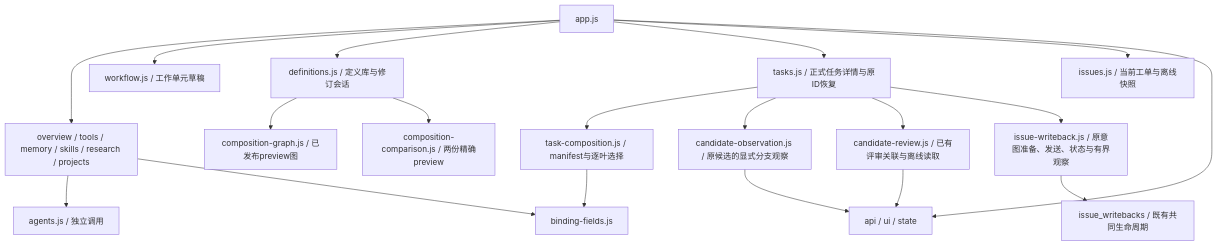
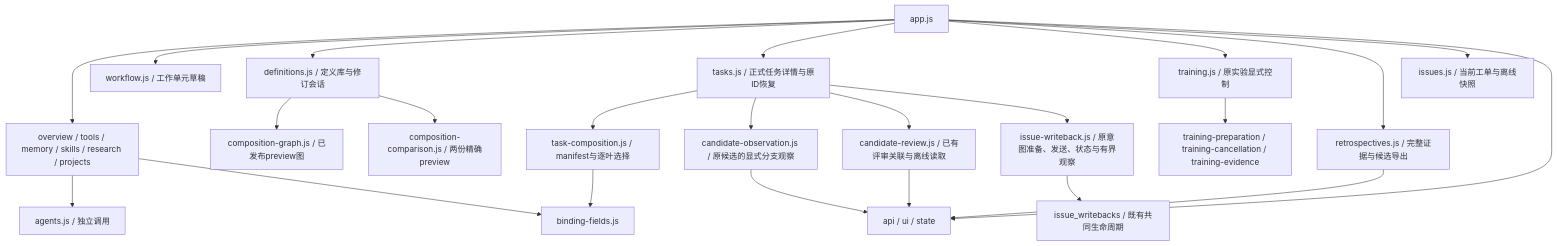
One commit to 626619403/Ergora changed the fourth of 8 diagrams in docs/architecture/current.md. Above: the diagram before and after it, drawn with Mermaid. The commit also changed other lines of this file and 21 other files, not shown here.

````diff
--- a/docs/architecture/current.md
+++ b/docs/architecture/current.md
@@ -202,21 +215,25 @@
 ```mermaid
 flowchart TB
   App[app.js] --> Views[overview / tools / memory / skills / research / projects]
   App --> Draft[workflow.js / 工作单元草稿]
   App --> Definitions[definitions.js / 定义库与修订会话]
   App --> Tasks[tasks.js / 正式任务详情与原ID恢复]
+  App --> Training[training.js / 原实验显式控制]
+  Training --> TrainingPanels[training-preparation / training-cancellation / training-evidence]
+  App --> Retrospectives[retrospectives.js / 完整证据与候选导出]
+  Retrospectives --> Shared
   App --> Issues[issues.js / 当前工单与离线快照]
   Views --> Agents[agents.js / 独立调用]
   Definitions --> Graph[composition-graph.js / 已发布preview图]
   Definitions --> Compare[composition-comparison.js / 两份精确preview]
   Tasks --> Selection[task-composition.js / manifest与逐叶选择]
   Tasks --> Candidate[candidate-observation.js / 原候选的显式分支观察]
   Candidate --> Shared
   Tasks --> SavedReview[candidate-review.js / 已有评审关联与离线读取]
   Tasks --> WritebackView[issue-writeback.js / 原意图准备、发送、状态与有界观察]
   WritebackView --> WritebackOwner[issue_writebacks / 既有共同生命周期]
   SavedReview --> Shared
   Selection --> Fields[binding-fields.js]
   Views --> Fields
   App --> Shared[api / ui / state]
 ```
````
